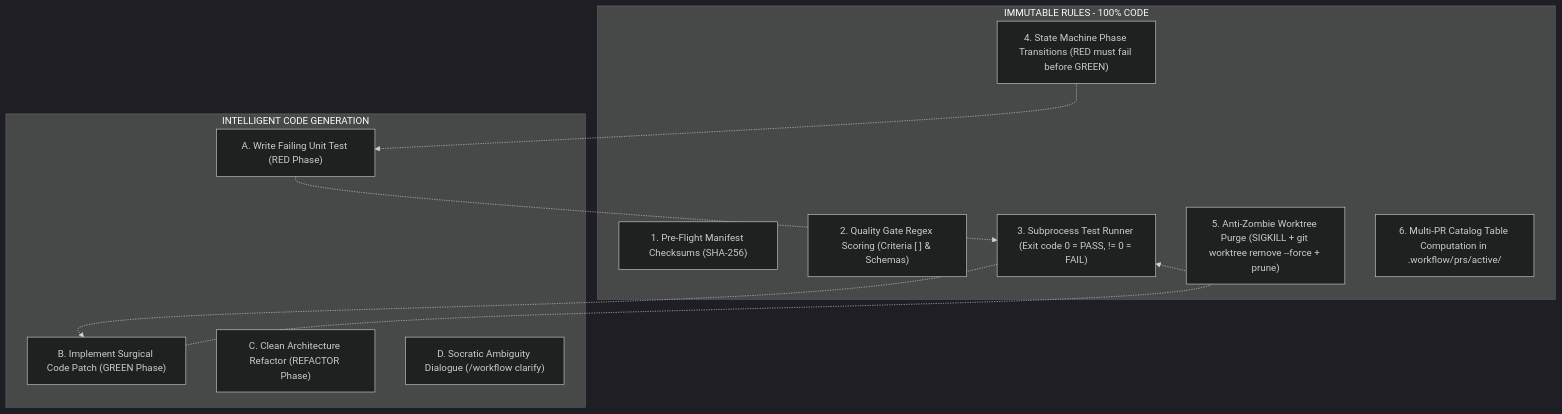
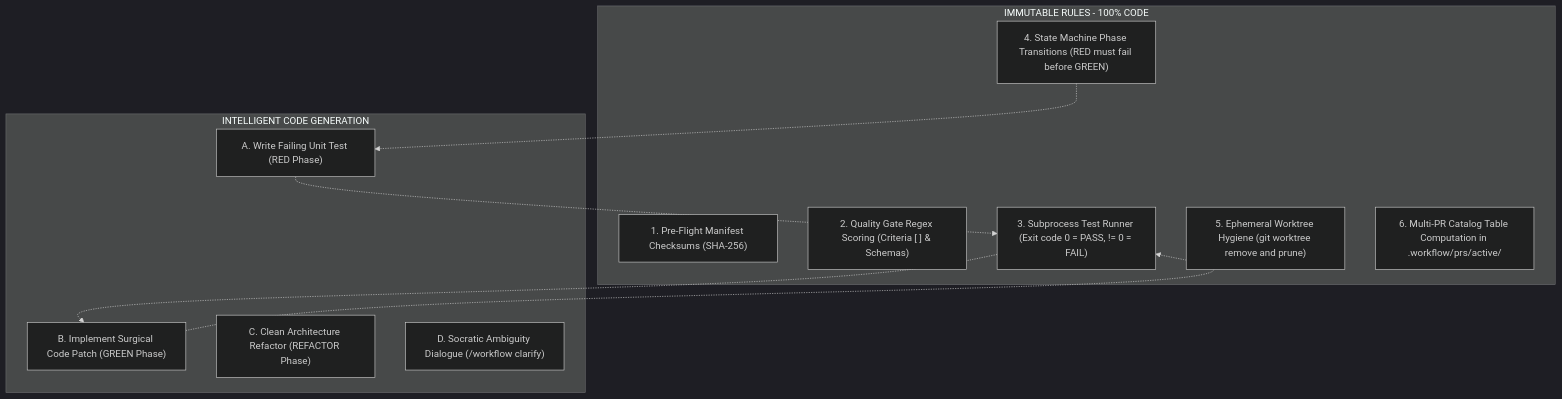
The diagram in skills/workflow/references/ARCHITECTURE.md (cezartdev/skills), drawn with Mermaid (dark theme) before and after one commit. The commit also changed other lines of this file and 11 other files, not shown here.

````diff
--- a/skills/workflow/references/ARCHITECTURE.md
+++ b/skills/workflow/references/ARCHITECTURE.md
@@ -67,23 +67,23 @@
 ```mermaid
 graph TD
     subgraph Pure-Deterministic Python Pipeline [IMMUTABLE RULES - 100% CODE]
         D1["1. Pre-Flight Manifest Checksums (SHA-256)"]
         D2["2. Quality Gate Regex Scoring (Criteria [ ] & Schemas)"]
         D3["3. Subprocess Test Runner (Exit code 0 = PASS, != 0 = FAIL)"]
         D4["4. State Machine Phase Transitions (RED must fail before GREEN)"]
-        D5["5. Anti-Zombie Worktree Purge (SIGKILL + git worktree remove --force + prune)"]
+        D5["5. Ephemeral Worktree Hygiene (git worktree remove and prune)"]
         D6["6. Multi-PR Catalog Table Computation in .workflow/prs/active/"]
     end
 
     subgraph LLM Reasoning Engine [INTELLIGENT CODE GENERATION]
         L1["A. Write Failing Unit Test (RED Phase)"]
         L2["B. Implement Surgical Code Patch (GREEN Phase)"]
         L3["C. Clean Architecture Refactor (REFACTOR Phase)"]
         L4["D. Socratic Ambiguity Dialogue (/workflow clarify)"]
     end
 
     D4 -.-> L1
     L1 -.-> D3
     D3 -.-> L2
     L2 -.-> D3
 ```
````
